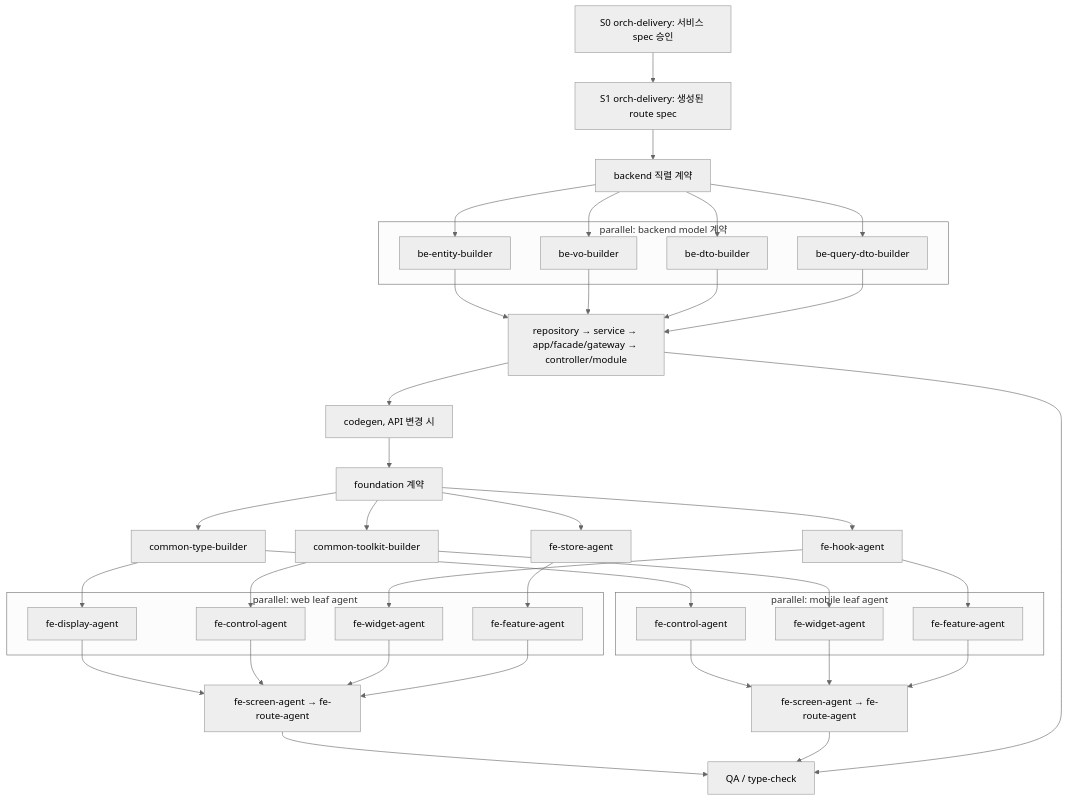
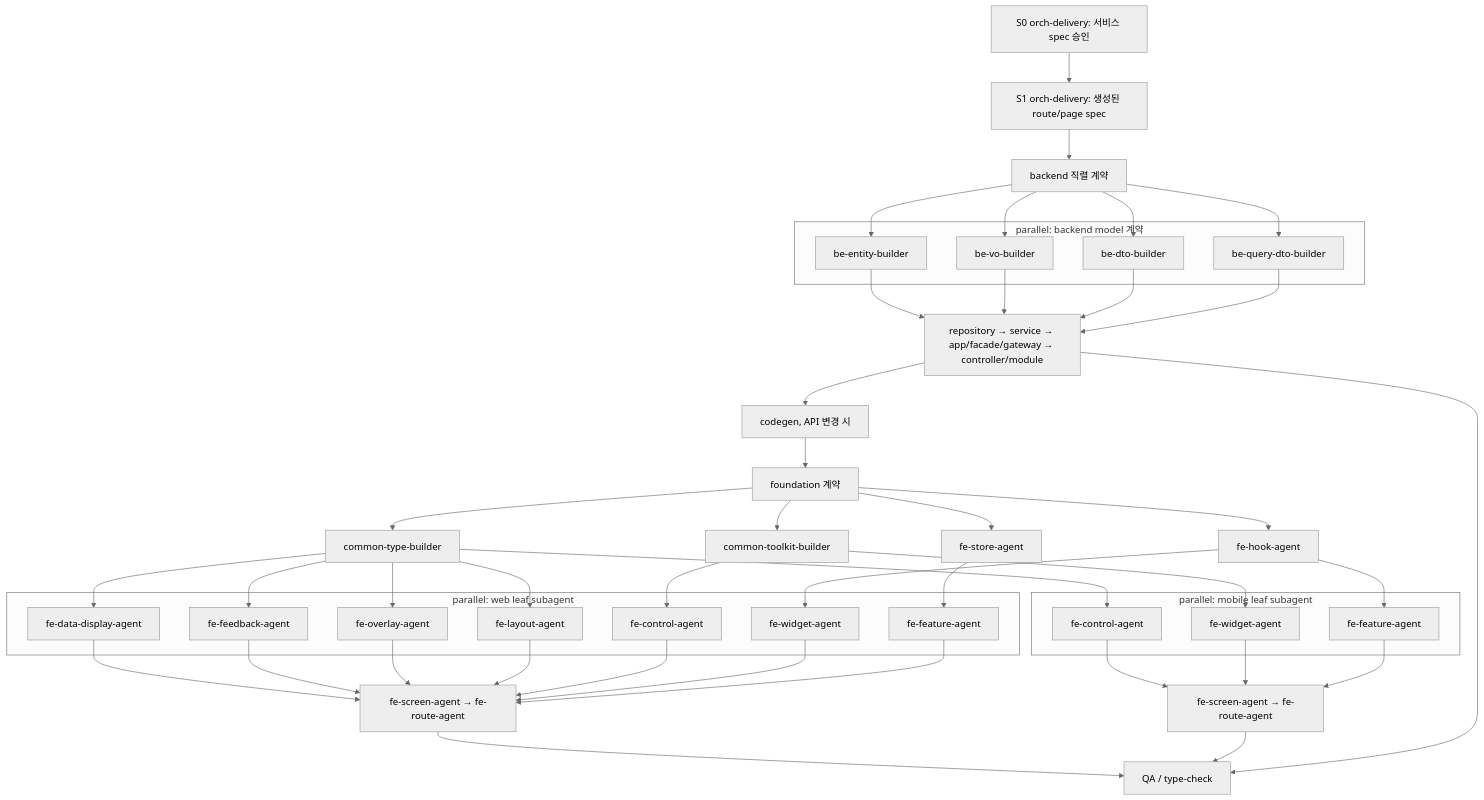
Before and after one commit to kimjoongwon/prj-core: the third of 6 diagrams in docs/orchestration-agent-relationship-flow.md, drawn with Mermaid (neutral theme). The commit also changed other lines of this file and 1483 other files, not shown here.

````diff
--- a/docs/orchestration-agent-relationship-flow.md
+++ b/docs/orchestration-agent-relationship-flow.md
@@ -96,56 +126,65 @@
 ```mermaid
 flowchart TD
-  Gate["S0 orch-delivery: 서비스 spec 승인"] --> RouteGen["S1 orch-delivery: 생성된 route spec"]
+  Gate["S0 orch-delivery: 서비스 spec 승인"] --> RouteGen["S1 orch-delivery: 생성된 route/page spec"]
   RouteGen --> Backend["backend 직렬 계약"]
   subgraph BParallel["parallel: backend model 계약"]
     Entity["be-entity-builder"]
     VO["be-vo-builder"]
     DTO["be-dto-builder"]
     QueryDto["be-query-dto-builder"]
   end
   Backend --> Entity
   Backend --> VO
   Backend --> DTO
   Backend --> QueryDto
   Entity --> Runtime["repository → service → app/facade/gateway → controller/module"]
   VO --> Runtime
   DTO --> Runtime
   QueryDto --> Runtime
   Runtime --> Codegen["codegen, API 변경 시"]
   Codegen --> Foundation["foundation 계약"]
   Foundation --> Types["common-type-builder"]
   Foundation --> Toolkit["common-toolkit-builder"]
   Foundation --> Hook["fe-hook-agent"]
   Foundation --> Store["fe-store-agent"]
 
-  subgraph WebParallel["parallel: web leaf agent"]
-    Display["fe-display-agent"]
+  subgraph WebParallel["parallel: web leaf subagent"]
+    DataDisplay["fe-data-display-agent"]
+    Feedback["fe-feedback-agent"]
+    Overlay["fe-overlay-agent"]
+    Layout["fe-layout-agent"]
     Control["fe-control-agent"]
     Widget["fe-widget-agent"]
     Feature["fe-feature-agent"]
   end
-  Types --> Display
+  Types --> DataDisplay
+  Types --> Feedback
+  Types --> Overlay
+  Types --> Layout
   Toolkit --> Control
   Hook --> Widget
   Store --> Feature
-  Display --> WebRoute["fe-screen-agent → fe-route-agent"]
+  DataDisplay --> WebRoute["fe-screen-agent → fe-route-agent"]
+  Feedback --> WebRoute
+  Overlay --> WebRoute
+  Layout --> WebRoute
   Control --> WebRoute
   Widget --> WebRoute
   Feature --> WebRoute
 
-  subgraph MobileParallel["parallel: mobile leaf agent"]
+  subgraph MobileParallel["parallel: mobile leaf subagent"]
     Action["fe-control-agent"]
     MoWidget["fe-widget-agent"]
     MoFeature["fe-feature-agent"]
   end
   Types --> Action
   Toolkit --> MoWidget
   Hook --> MoFeature
   Action --> MobileRoute["fe-screen-agent → fe-route-agent"]
   MoWidget --> MobileRoute
   MoFeature --> MobileRoute
 
   WebRoute --> QA["QA / type-check"]
   MobileRoute --> QA
   Runtime --> QA
 ```
````
